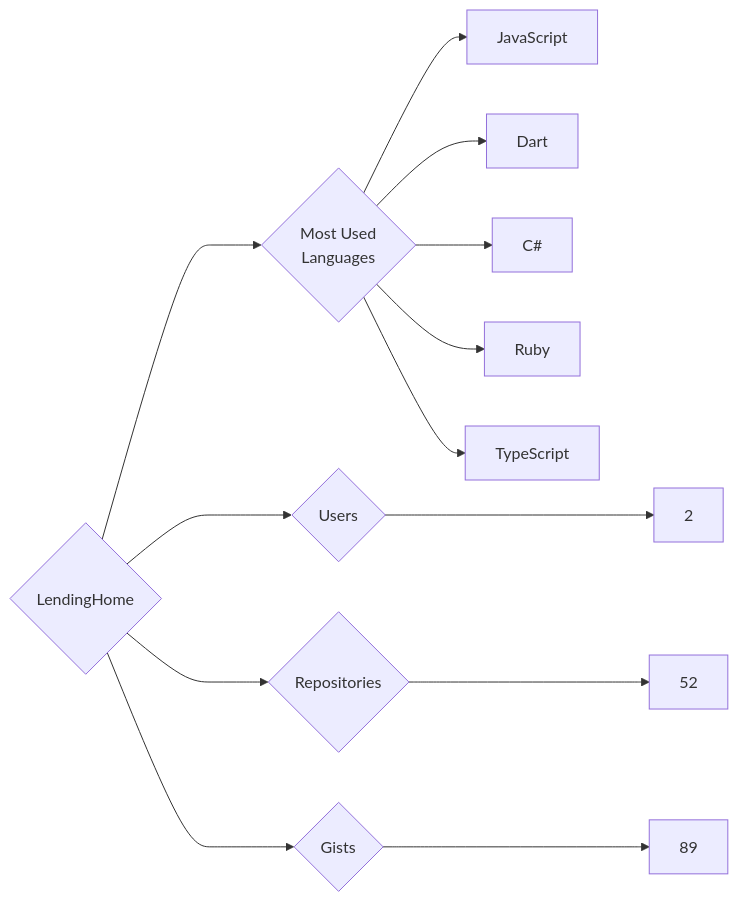
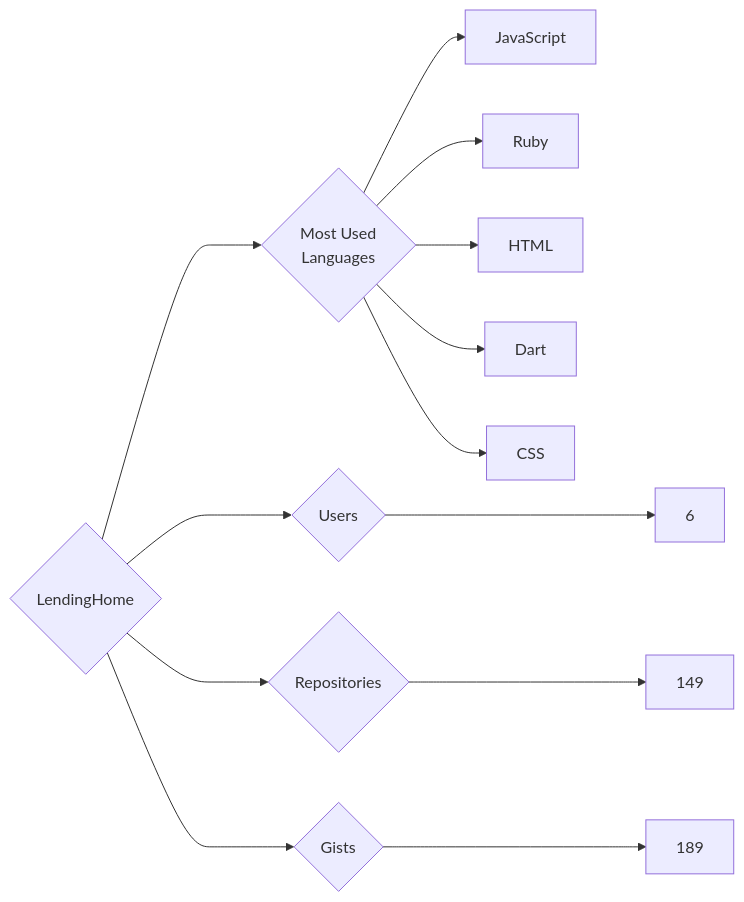
One commit to trickest/insiders changed the diagram in targets/LendingHome/README.md. Above: the diagram before and after it, drawn with Mermaid. The commit also changed 872 other files, not shown here.

````diff
--- a/targets/LendingHome/README.md
+++ b/targets/LendingHome/README.md
@@ -3,13 +3,13 @@
 ```mermaid
 graph LR
 COMPANY_NAME{LendingHome}
-COMPANY_NAME ---> U{Users} ---> UN[2]
-COMPANY_NAME ---> R{Repositories} ---> RN[52]
-COMPANY_NAME ---> G{Gists} ---> GN[89]
+COMPANY_NAME ---> U{Users} ---> UN[6]
+COMPANY_NAME ---> R{Repositories} ---> RN[149]
+COMPANY_NAME ---> G{Gists} ---> GN[189]
 COMPANY_NAME ---> ML{Most Used<br>Languages}
 ML --> JavaScript[JavaScript]
+ML --> Ruby[Ruby]
+ML --> HTML[HTML]
 ML --> Dart[Dart]
-ML --> C#[C#]
-ML --> Ruby[Ruby]
-ML --> TypeScript[TypeScript]
+ML --> CSS[CSS]
 ```
````
